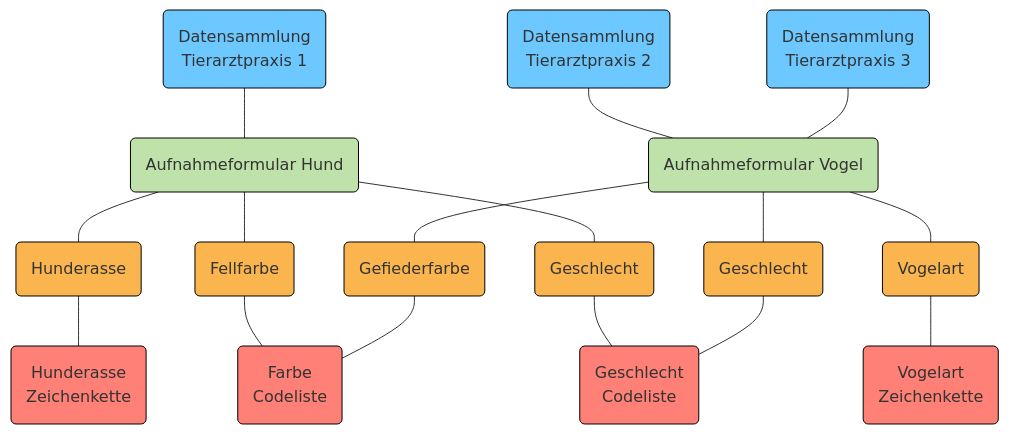
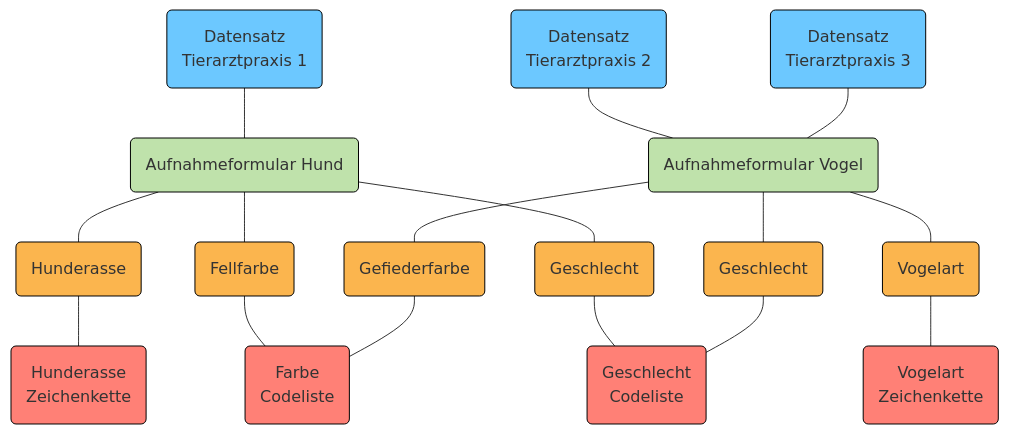
One commit to I14Y-ch/handbook changed the fourth of 5 diagrams in content/de/gouvernanz/informationsmodell.md. Above: the diagram before and after it, drawn with Mermaid. The commit also changed other lines of this file and 35 other files, not shown here.

Commit message:
Ausdruck Datensammlung durch Datensatz ersetzt.

````diff
--- a/content/de/gouvernanz/informationsmodell.md
+++ b/content/de/gouvernanz/informationsmodell.md
@@ -174,73 +174,73 @@
 ```mermaid
     flowchart TD
-        dataset1(Datensammlung \nTierarztpraxis 1)
-        dataset2(Datensammlung \nTierarztpraxis 2)
-        dataset3(Datensammlung \nTierarztpraxis 3)
+        dataset1(Datensatz \nTierarztpraxis 1)
+        dataset2(Datensatz \nTierarztpraxis 2)
+        dataset3(Datensatz \nTierarztpraxis 3)
         structure1(Aufnahmeformular Hund)
         structure2(Aufnahmeformular Vogel)
         dataelement11(Hunderasse)
         dataelement12(Fellfarbe)
         dataelement13(Geschlecht)
         dataelement21(Geschlecht)
         dataelement22(Gefiederfarbe)
         dataelement23(Vogelart)
         concept1(Hunderasse \nZeichenkette)
         concept2(Farbe \nCodeliste)
         concept3(Geschlecht \nCodeliste)
         concept4(Vogelart \nZeichenkette)
 
         dataset1---structure1
         structure1---dataelement11
         structure1---dataelement12
         structure1---dataelement13
 
         dataset2---structure2
         dataset3---structure2
         structure2---dataelement21 
         structure2---dataelement22 
         structure2---dataelement23 
 
         dataelement11---concept1
         dataelement12---concept2
         dataelement13---concept3
         dataelement21---concept3
         dataelement22---concept2
         dataelement23---concept4
 
 
     style dataset1 fill:#6CC8FF
     style dataset1 stroke:black
     style dataset2 fill:#6CC8FF
     style dataset2 stroke:black
     style dataset3 fill:#6CC8FF
     style dataset3 stroke:black
 
     style structure1 fill:#Bfe2ab
     style structure1 stroke:black
     style structure2 fill:#Bfe2ab
     style structure2 stroke:black
 
     style concept1 fill:#Ff8076
     style concept1 stroke:black
     style concept2 fill:#Ff8076
     style concept2 stroke:black
     style concept3 fill:#Ff8076
     style concept3 stroke:black
     style concept4 fill:#Ff8076
     style concept4 stroke:black
 
     style dataelement11 fill:#Fbb54e
     style dataelement11 stroke:black
     style dataelement12 fill:#Fbb54e
     style dataelement12 stroke:black
     style dataelement13 fill:#Fbb54e
     style dataelement13 stroke:black
 
     style dataelement21 fill:#Fbb54e
     style dataelement21 stroke:black
     style dataelement22 fill:#Fbb54e
     style dataelement22 stroke:black
     style dataelement23 fill:#Fbb54e
     style dataelement23 stroke:black
 
 ```
````
